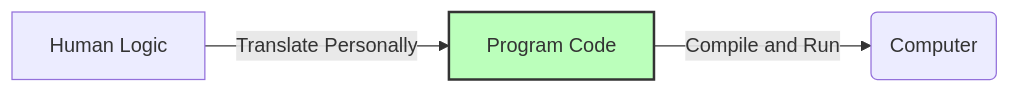
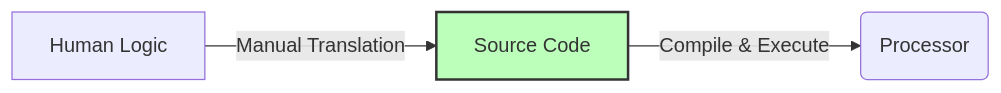
One commit to ruanqizhen/cocode changed the first of 2 diagrams in i18n/en/docusaurus-plugin-content-docs/current/nocode.md. Above: the diagram before and after it, drawn with Mermaid. The commit also changed other lines of this file and 41 other files, not shown here.

````diff
--- a/i18n/en/docusaurus-plugin-content-docs/current/nocode.md
+++ b/i18n/en/docusaurus-plugin-content-docs/current/nocode.md
@@ -24,7 +23,7 @@
 ```mermaid
 graph LR
-    A[Human Logic] -->|Translate Personally| B[Program Code]
-    B -->|Compile and Run| C(Computer)
+    A[Human Logic] -->|Manual Translation| B[Source Code]
+    B -->|Compile & Execute| C(Processor)
 
     style B fill:#bfb,stroke:#333,stroke-width:2px
 ```
````
